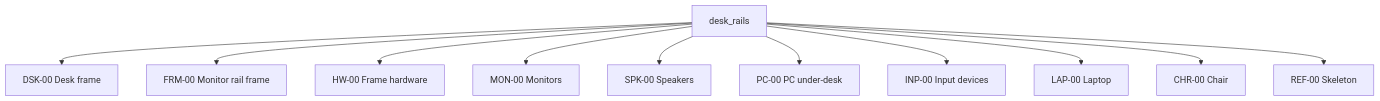
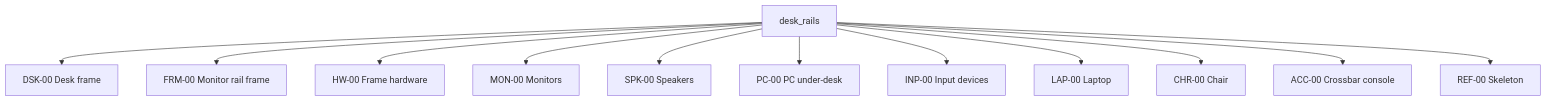
Before and after one commit to msetsma/desk-rail-system: the diagram in README.md, drawn with Mermaid. The commit also changed other lines of this file and 6 other files, not shown here.

````diff
--- a/README.md
+++ b/README.md
@@ -100,13 +111,14 @@
 ```mermaid
 graph TD
   root[desk_rails] --> DSK[DSK-00 Desk frame]
   root --> FRM[FRM-00 Monitor rail frame]
   root --> HW[HW-00 Frame hardware]
   root --> MON[MON-00 Monitors]
   root --> SPK[SPK-00 Speakers]
   root --> PC[PC-00 PC under-desk]
   root --> INP[INP-00 Input devices]
   root --> LAP[LAP-00 Laptop]
   root --> CHR[CHR-00 Chair]
+  root --> ACC[ACC-00 Crossbar console]
   root --> REF[REF-00 Skeleton]
 ```
````
